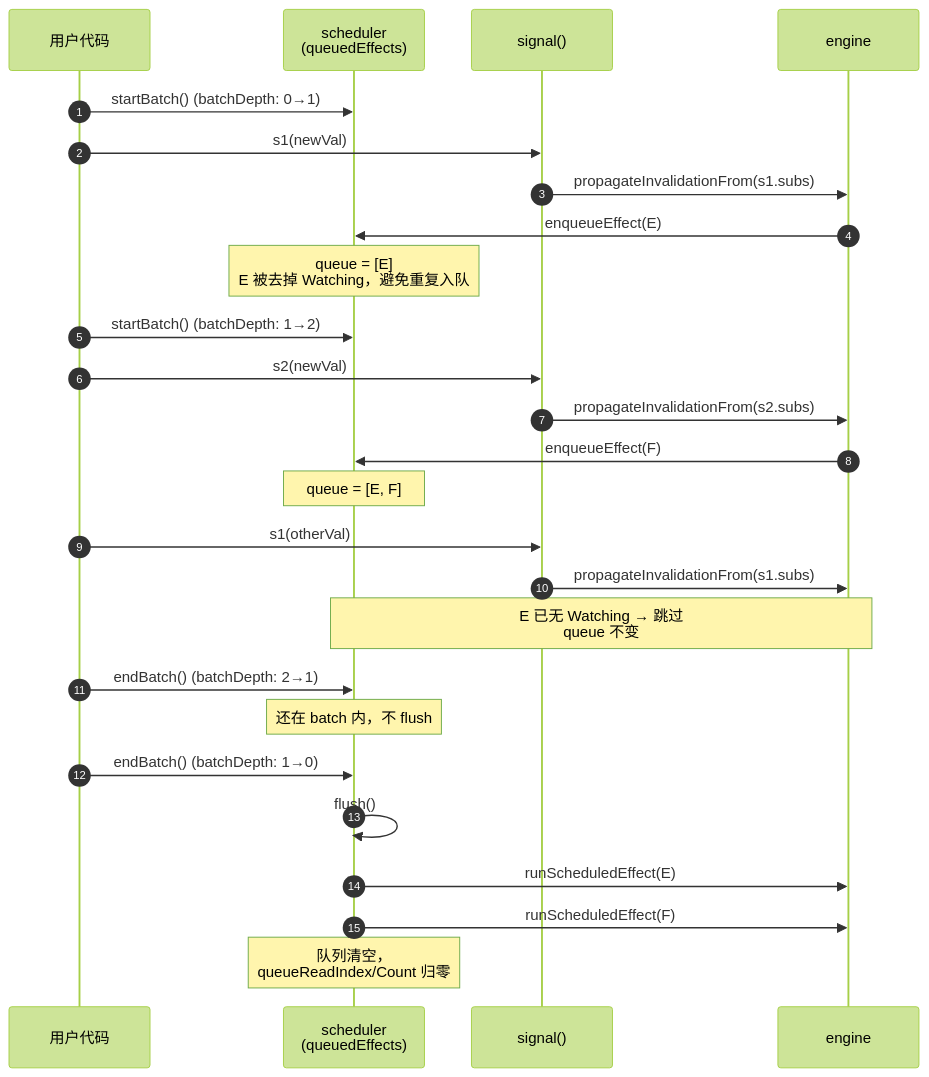
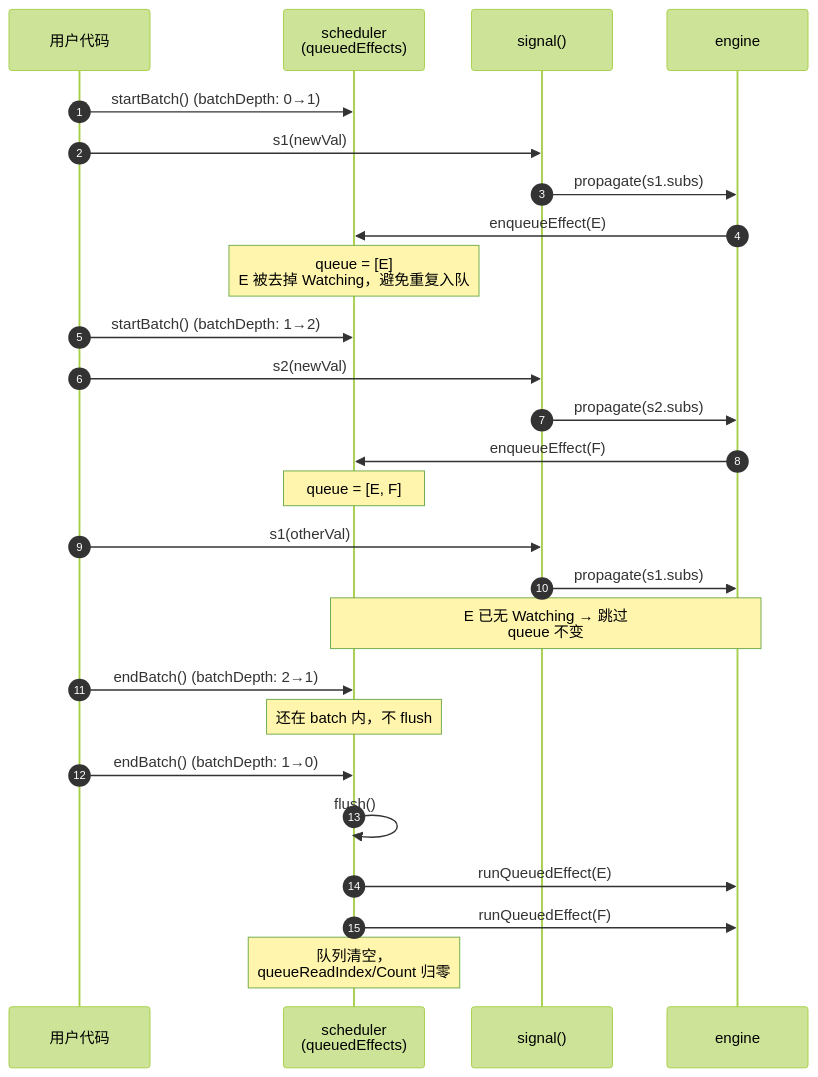
One commit to YanqingXu/alien-signals-in-lua changed the diagram in refactored/docs/scheduler.md. Above: the diagram before and after it, drawn with Mermaid (forest theme). The commit also changed other lines of this file and 15 other files, not shown here.

````diff
--- a/refactored/docs/scheduler.md
+++ b/refactored/docs/scheduler.md
@@ -99,33 +99,33 @@
 ```mermaid
 sequenceDiagram
     autonumber
     participant U as 用户代码
     participant S as scheduler<br/>(queuedEffects)
     participant Sg as signal()
     participant Eng as engine
 
     U->>S: startBatch()  (batchDepth: 0→1)
     U->>Sg: s1(newVal)
-    Sg->>Eng: propagateInvalidationFrom(s1.subs)
+    Sg->>Eng: propagate(s1.subs)
     Eng->>S: enqueueEffect(E)
     Note over S: queue = [E]<br/>E 被去掉 Watching，避免重复入队
 
     U->>S: startBatch()  (batchDepth: 1→2)
     U->>Sg: s2(newVal)
-    Sg->>Eng: propagateInvalidationFrom(s2.subs)
+    Sg->>Eng: propagate(s2.subs)
     Eng->>S: enqueueEffect(F)
     Note over S: queue = [E, F]
 
     U->>Sg: s1(otherVal)
-    Sg->>Eng: propagateInvalidationFrom(s1.subs)
+    Sg->>Eng: propagate(s1.subs)
     Note over Eng,S: E 已无 Watching → 跳过<br/>queue 不变
 
     U->>S: endBatch()  (batchDepth: 2→1)
     Note over S: 还在 batch 内，不 flush
 
     U->>S: endBatch()  (batchDepth: 1→0)
     S->>S: flush()
-    S->>Eng: runScheduledEffect(E)
-    S->>Eng: runScheduledEffect(F)
+    S->>Eng: runQueuedEffect(E)
+    S->>Eng: runQueuedEffect(F)
     Note over S: 队列清空，<br/>queueReadIndex/Count 归零
 ```
````
